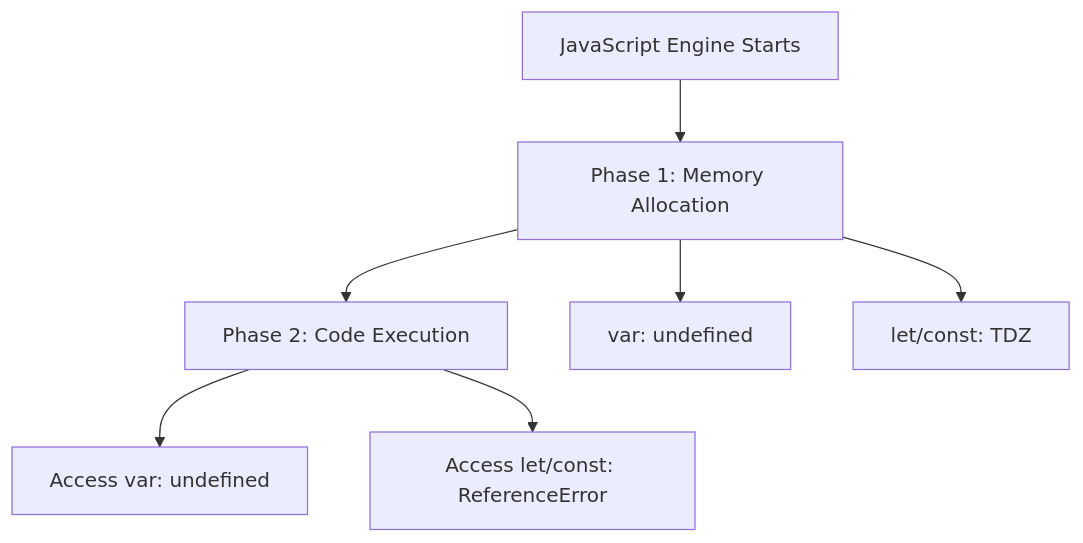
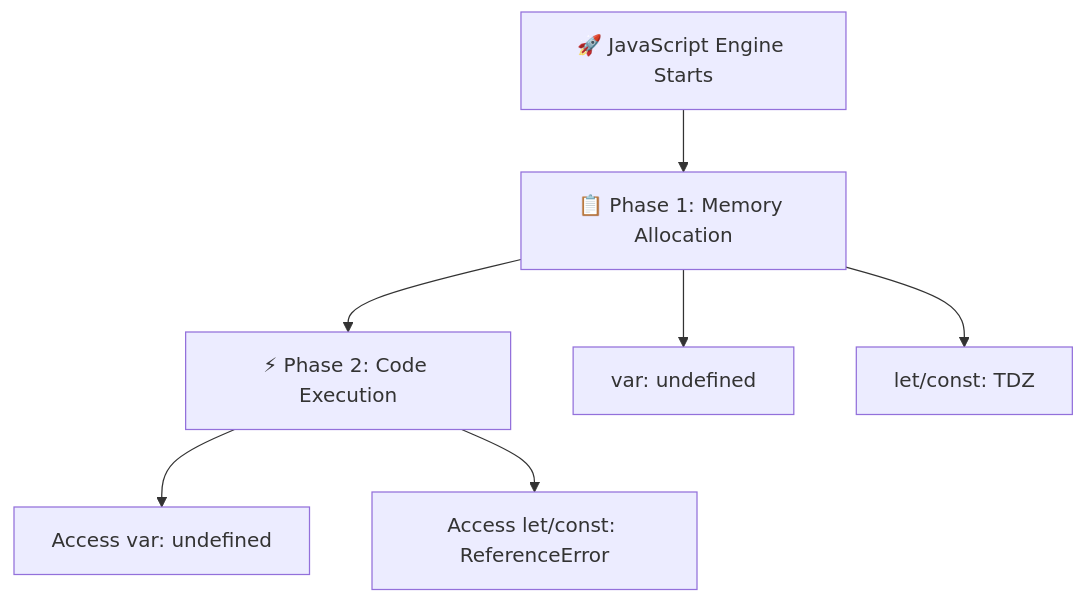
One commit to Santoshpatel112/JAVASCRIPT-P1 changed the fifth of 7 diagrams in ReadMe.md. Above: the diagram before and after it, drawn with Mermaid. The commit also changed other lines of this file, not shown here.

````diff
--- a/ReadMe.md
+++ b/ReadMe.md
@@ -225,11 +233,11 @@
 ```mermaid
 graph TD
-    A[JavaScript Engine Starts] --> B[Phase 1: Memory Allocation]
-    B --> C[Phase 2: Code Execution]
-
+    A[🚀 JavaScript Engine Starts] --> B[📋 Phase 1: Memory Allocation]
+    B --> C[⚡ Phase 2: Code Execution]
+    
     B --> D[var: undefined]
     B --> E[let/const: TDZ]
-
+    
     C --> F[Access var: undefined]
     C --> G[Access let/const: ReferenceError]
 ```
````
